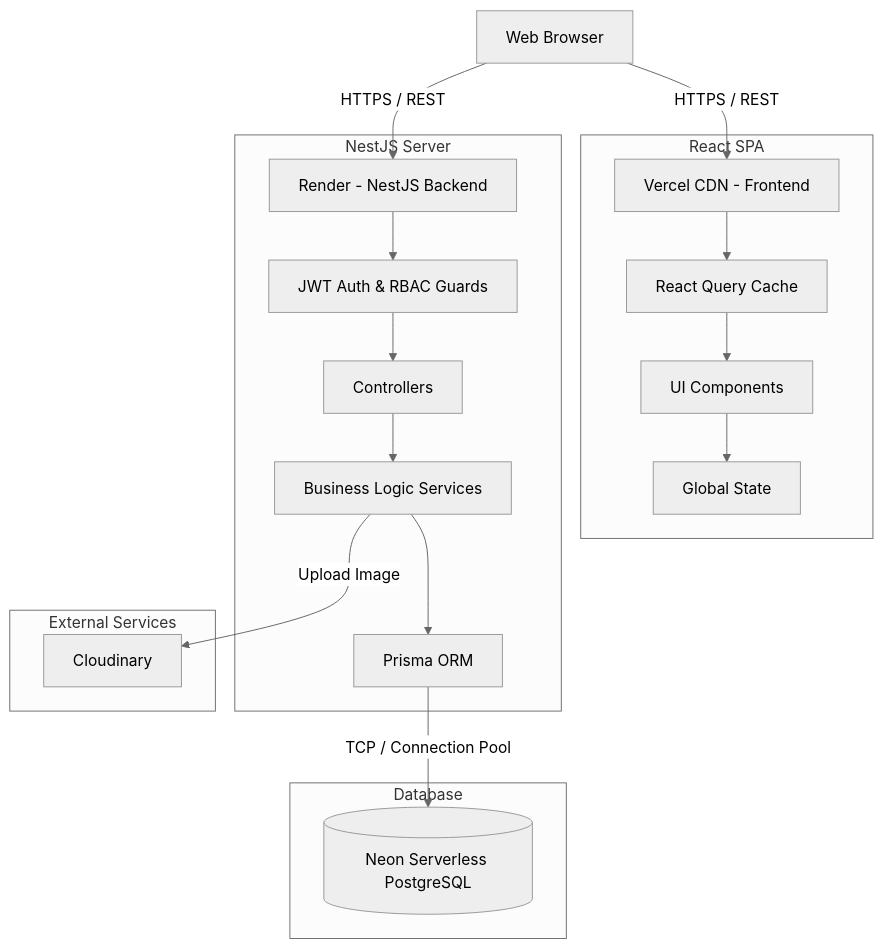
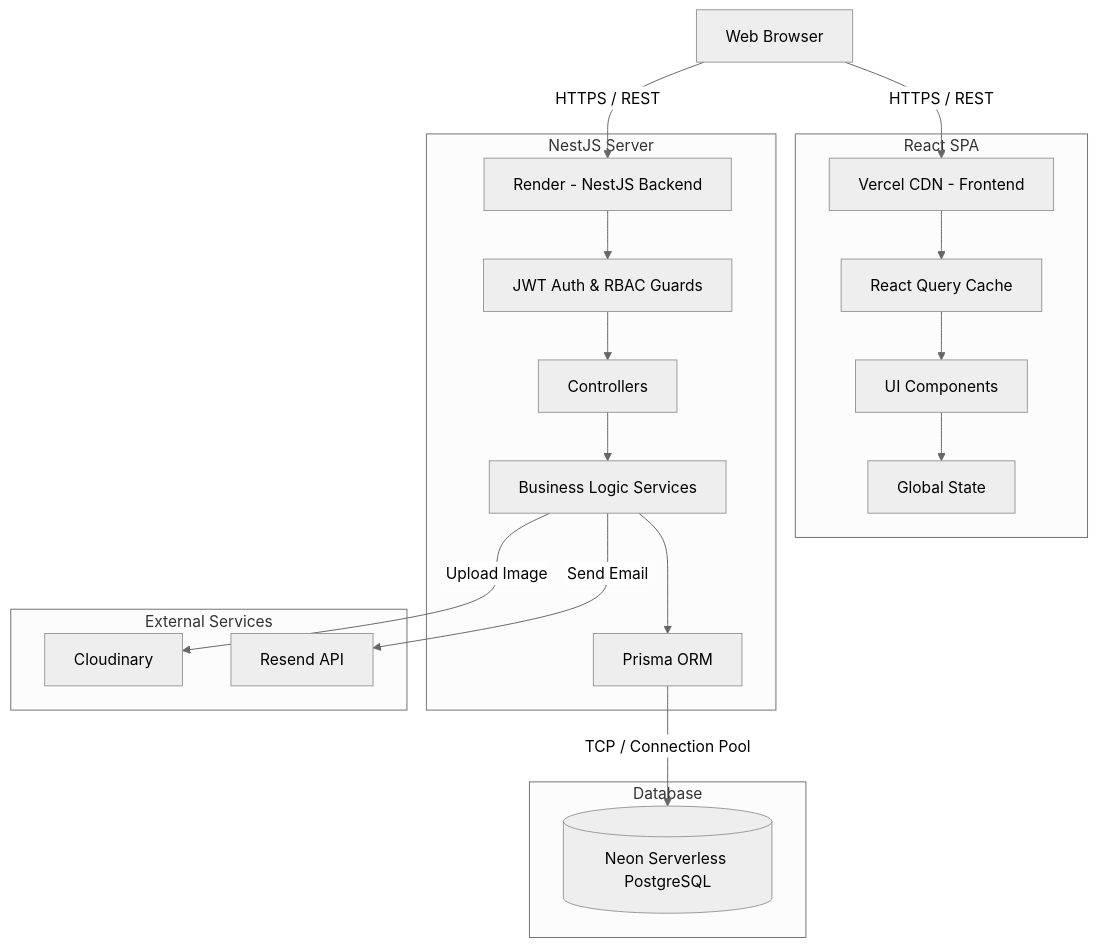
The first of 3 diagrams in README.md (DatPHP/crm-system-2026), drawn with Mermaid (neutral theme) before and after one commit. The commit also changed other lines of this file, not shown here.

````diff
--- a/README.md
+++ b/README.md
@@ -80,26 +81,27 @@
 ```mermaid
 graph TD
     Client[Web Browser] -->|HTTPS / REST| CDN[Vercel CDN - Frontend]
     Client -->|HTTPS / REST| API[Render - NestJS Backend]
 
     subgraph Frontend [React SPA]
         CDN --> ReactQuery[React Query Cache]
         ReactQuery --> Components[UI Components]
         Components --> Zustand[Global State]
     end
 
     subgraph Backend [NestJS Server]
         API --> Guards[JWT Auth & RBAC Guards]
         Guards --> Controllers[Controllers]
         Controllers --> Services[Business Logic Services]
         Services --> Prisma[Prisma ORM]
     end
 
     subgraph External Services
         Services -->|Upload Image| Cloudinary[Cloudinary]
+        Services -->|Send Email| Resend[Resend API]
     end
 
     subgraph Database
         Prisma -->|TCP / Connection Pool| DB[(Neon Serverless PostgreSQL)]
     end
 ```
````
